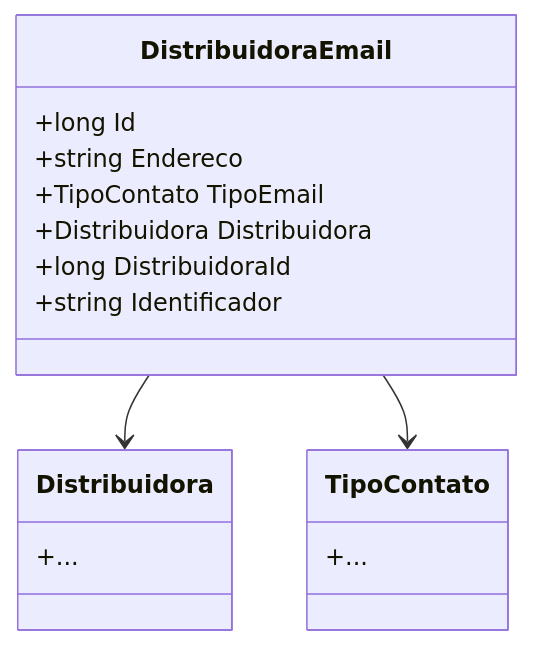
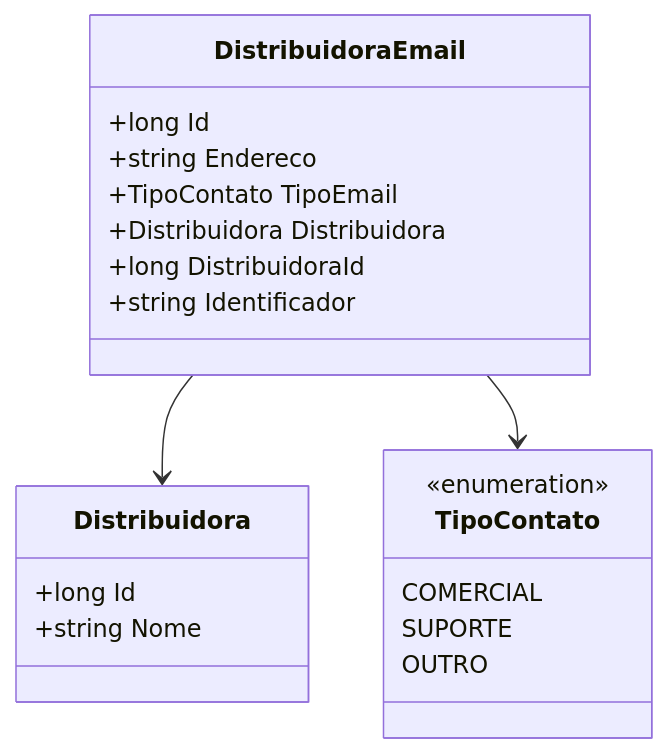
Before and after one commit to IsthmusSistemas/documentacao-tecnica: the diagram in docs/b2b-dominio/IsthmusWinthor.Nucleo/IsthmusWinthor.Dominio/Entidades/DistribuidoraEmail.md, drawn with Mermaid. The commit also changed other lines of this file and 882 other files, not shown here.

````diff
--- a/docs/b2b-dominio/IsthmusWinthor.Nucleo/IsthmusWinthor.Dominio/Entidades/DistribuidoraEmail.md
+++ b/docs/b2b-dominio/IsthmusWinthor.Nucleo/IsthmusWinthor.Dominio/Entidades/DistribuidoraEmail.md
@@ -22,19 +25,24 @@
 ```mermaid
 classDiagram
     class DistribuidoraEmail {
         +long Id
         +string Endereco
         +TipoContato TipoEmail
         +Distribuidora Distribuidora
         +long DistribuidoraId
         +string Identificador
     }
     class Distribuidora {
-        +...
+        +long Id
+        +string Nome
     }
     class TipoContato {
-        +...
+        <<enumeration>>
+        COMERCIAL
+        SUPORTE
+        OUTRO
     }
+    
     DistribuidoraEmail --> Distribuidora
     DistribuidoraEmail --> TipoContato
 ```
````
